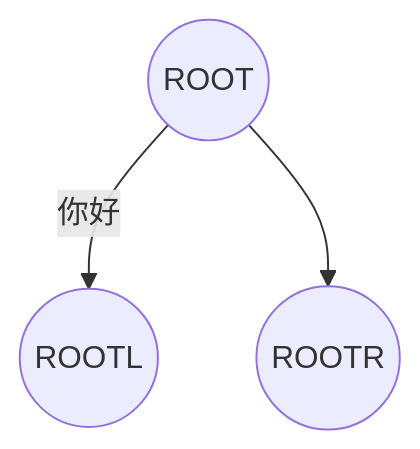
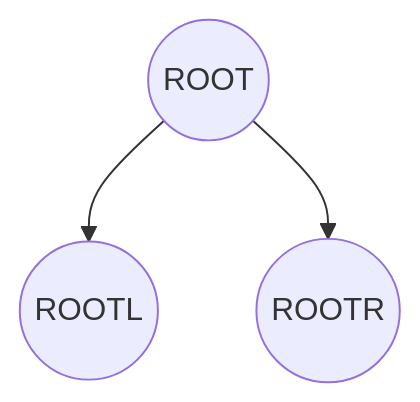
Before and after one commit to Linya-IronMan/leetcode: the diagram in 动态规划/README.md, drawn with Mermaid. The commit also changed other lines of this file and 2 other files, not shown here.

````diff
--- a/动态规划/README.md
+++ b/动态规划/README.md
@@ -136,11 +136,11 @@
 ```mermaid
 graph TB
 
 ROOT((ROOT))
 ROOTL((ROOTL))
 ROOTR((ROOTR))
 
-ROOT--你好-->ROOTL
+ROOT-->ROOTL
 ROOT-->ROOTR
 
 ```
````
